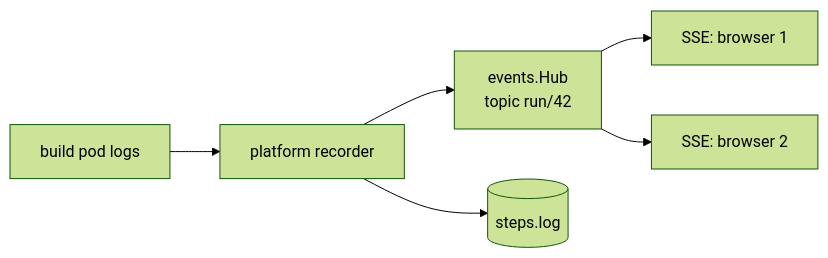
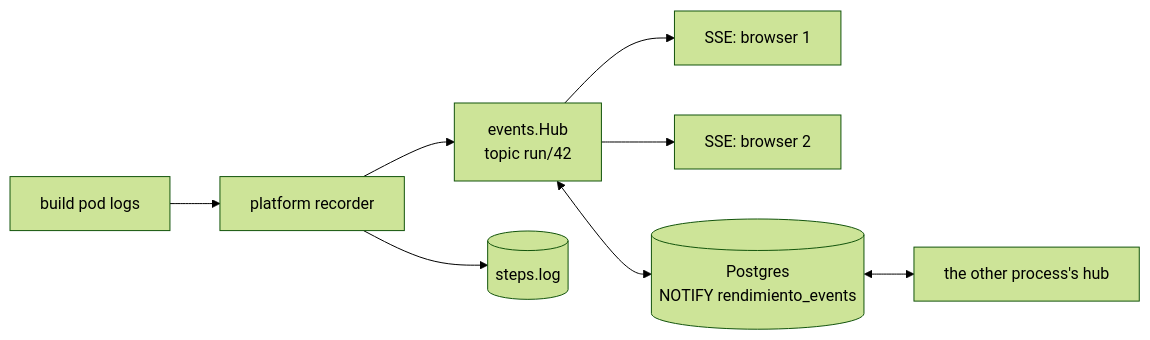
One commit to p0dxD/rendimiento.ai changed the second of 3 diagrams in docs/content/architecture/api-ui.md. Above: the diagram before and after it, drawn with Mermaid (forest theme). The commit also changed other lines of this file and 22 other files, not shown here.

First line of the commit message:
Updates without downtime: live events through Postgres, a rolling update

````diff
--- a/docs/content/architecture/api-ui.md
+++ b/docs/content/architecture/api-ui.md
@@ -45,7 +45,9 @@
 ```mermaid
 flowchart LR
     exec[build pod logs] --> rec[platform recorder] --> hub[events.Hub<br/>topic run/42]
     hub --> s1[SSE: browser 1]
     hub --> s2[SSE: browser 2]
     rec --> db[(steps.log)]
+    hub <--> pg[(Postgres<br/>NOTIFY rendimiento_events)]
+    pg <--> other[the other process's hub]
 ```
````
